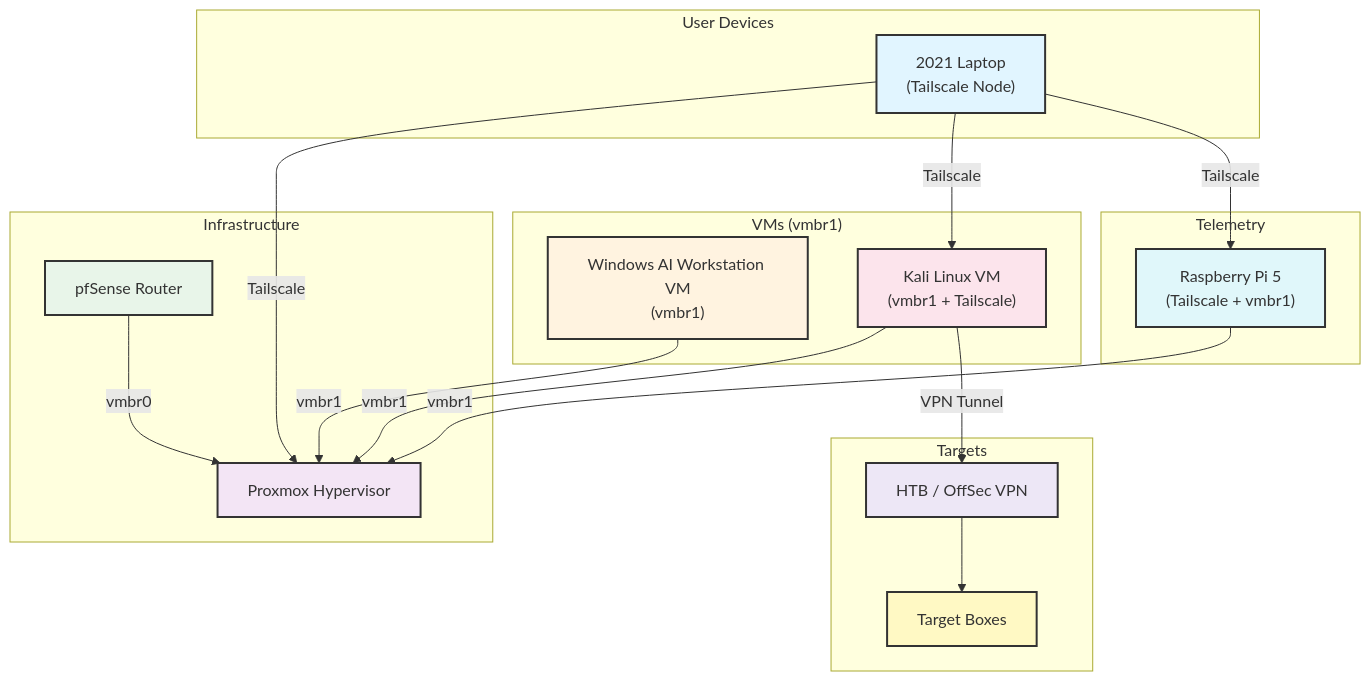
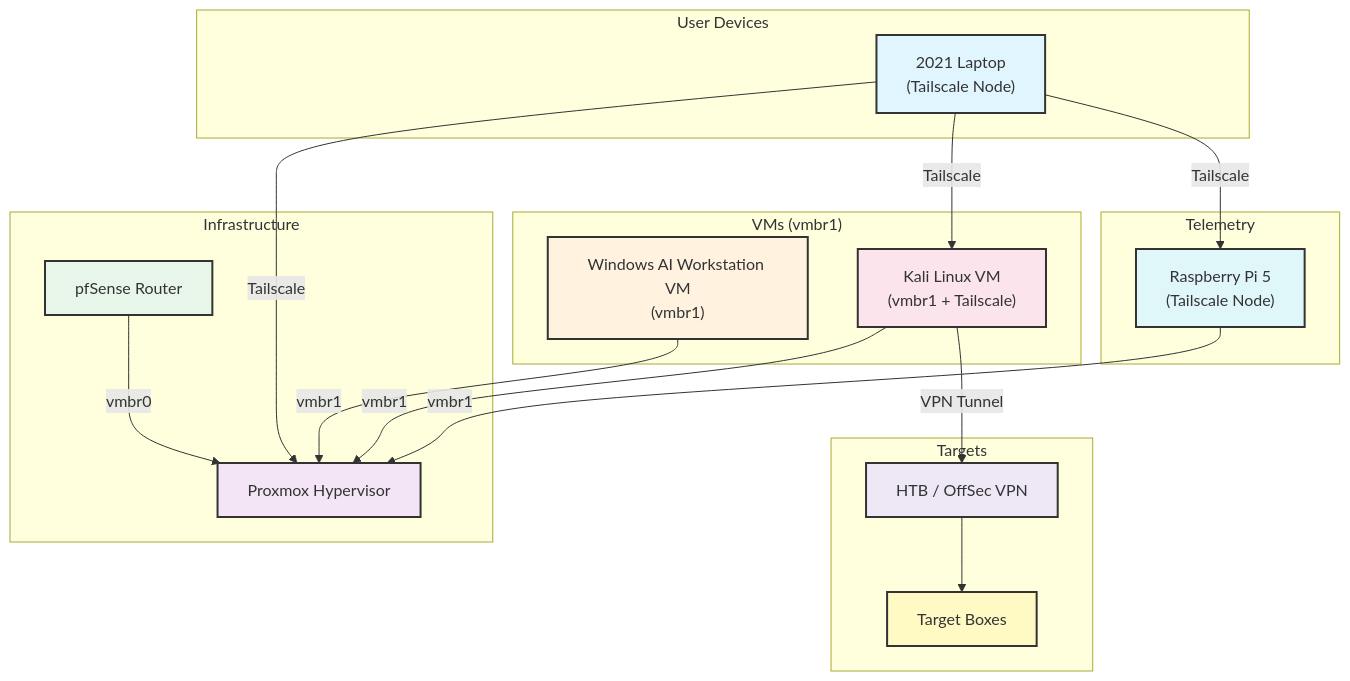
One commit to Surzal-kali/git changed the diagram in SurzalsNotes/Challenges/topology/topology.md. Above: the diagram before and after it, drawn with Mermaid.

Commit message:
quick edit

````diff
--- a/SurzalsNotes/Challenges/topology/topology.md
+++ b/SurzalsNotes/Challenges/topology/topology.md
@@ -3,54 +3,54 @@
 ```mermaid
 flowchart TD
     %% ── User Devices ──────────────────────────────
     subgraph "User Devices"
         A["2021 Laptop<br/>(Tailscale Node)"]
     end
 
     %% ── Infrastructure ────────────────────────────
     subgraph "Infrastructure"
         C["Proxmox Hypervisor"]
         D["pfSense Router"]
     end
 
     %% ── VMs on Proxmox ───────────────────────────
     subgraph "VMs (vmbr1)"
         B["Windows AI Workstation VM<br/>(vmbr1)"]
         E["Kali Linux VM<br/>(vmbr1 + Tailscale)"]
     end
 
     %% ── External Targets ─────────────────────────
     subgraph "Targets"
         F["HTB / OffSec VPN"]
         G["Target Boxes"]
     end
 
     %% ── Telemetry ────────────────────────────────
     subgraph "Telemetry"
-        H["Raspberry Pi 5<br/>(Tailscale + vmbr1)"]
+        H["Raspberry Pi 5<br/>(Tailscale Node)"]
     end
 
     %% ── Connections ──────────────────────────────
     A -->|Tailscale| C
     A -->|Tailscale| E
     A -->|Tailscale| H
 
     B -->|vmbr1| C
     E -->|vmbr1| C
     H -->|vmbr1| C
 
     D -->|vmbr0| C
 
     E -->|VPN Tunnel| F
     F --> G
 
     %% ── Styling ──────────────────────────────────
     style A fill:#e1f5ff,stroke:#333,stroke-width:2px,color:#333
     style B fill:#fff3e0,stroke:#333,stroke-width:2px,color:#333
     style C fill:#f3e5f5,stroke:#333,stroke-width:2px,color:#333
     style D fill:#e8f5e9,stroke:#333,stroke-width:2px,color:#333
     style E fill:#fce4ec,stroke:#333,stroke-width:2px,color:#333
     style F fill:#ede7f6,stroke:#333,stroke-width:2px,color:#333
     style G fill:#fff9c4,stroke:#333,stroke-width:2px,color:#333
     style H fill:#e0f7fa,stroke:#333,stroke-width:2px,color:#333
 ```
````
